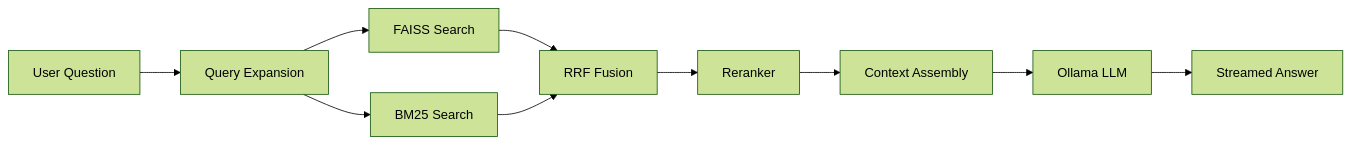
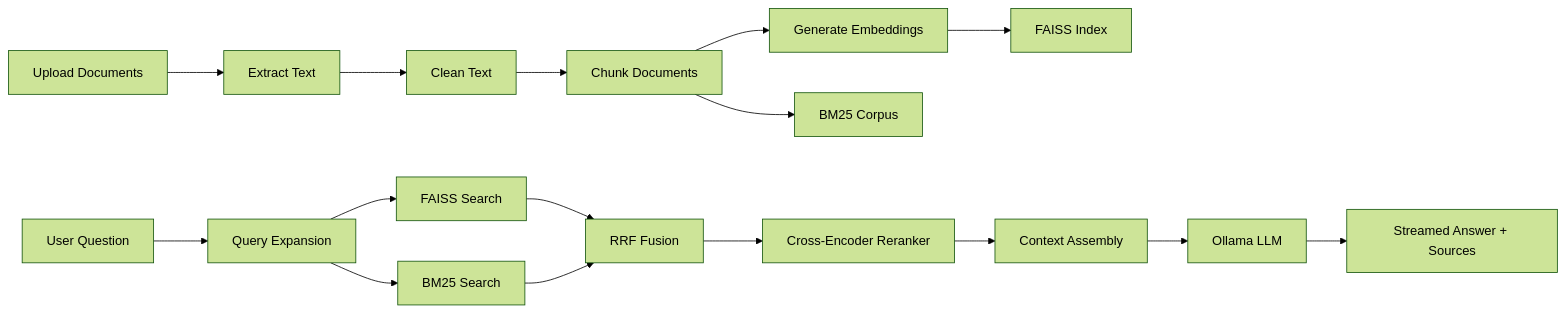
The diagram in README.md (RidhamChhajer/Question-Answering-System-using-RAG), drawn with Mermaid (forest theme) before and after one commit. The commit also changed other lines of this file, not shown here.

````diff
--- a/README.md
+++ b/README.md
@@ -33,12 +31,19 @@
 ```mermaid
 flowchart LR
-    Q[User Question] --> QE[Query Expansion]
-    QE --> F[FAISS Search]
-    QE --> B[BM25 Search]
-    F --> RRF[RRF Fusion]
-    B --> RRF
-    RRF --> RR[Reranker]
-    RR --> CA[Context Assembly]
-    CA --> LLM[Ollama LLM]
-    LLM --> S[Streamed Answer]
+    A[Upload Documents] --> B[Extract Text]
+    B --> C[Clean Text]
+    C --> D[Chunk Documents]
+    D --> E[Generate Embeddings]
+    E --> F[FAISS Index]
+    D --> G[BM25 Corpus]
+
+    Q[User Question] --> H[Query Expansion]
+    H --> I[FAISS Search]
+    H --> J[BM25 Search]
+    I --> K[RRF Fusion]
+    J --> K
+    K --> L[Cross-Encoder Reranker]
+    L --> M[Context Assembly]
+    M --> N[Ollama LLM]
+    N --> O[Streamed Answer + Sources]
 ```
````
